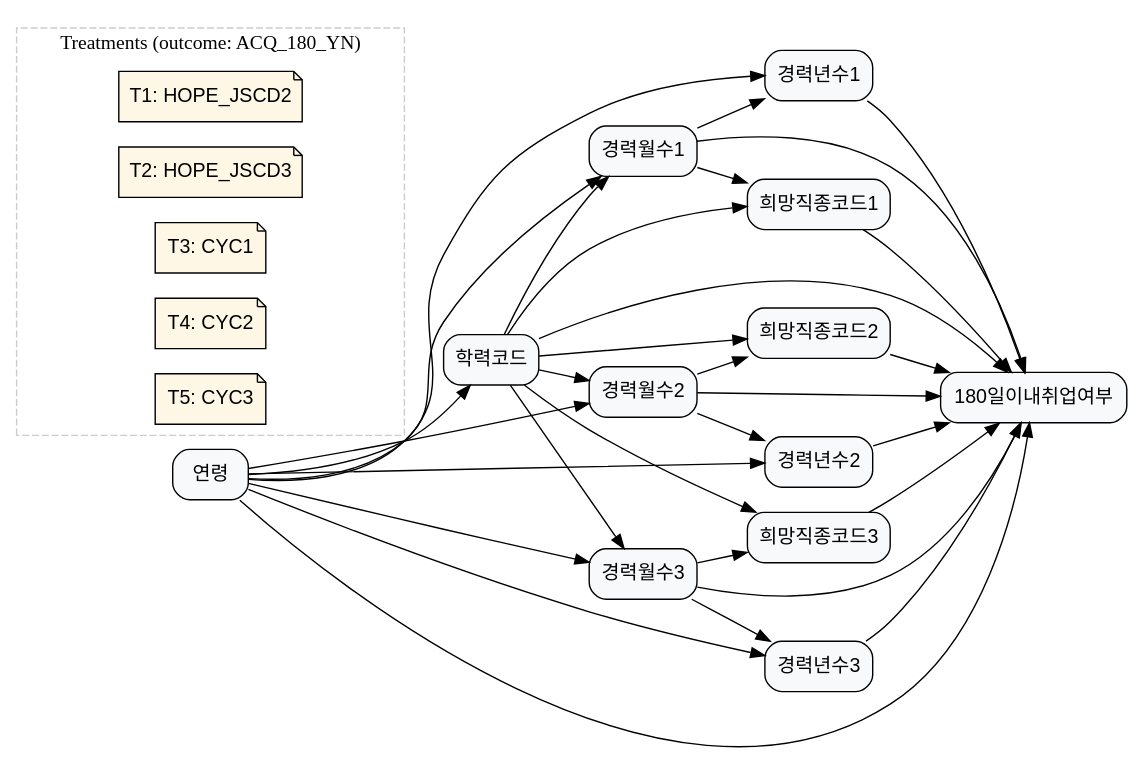
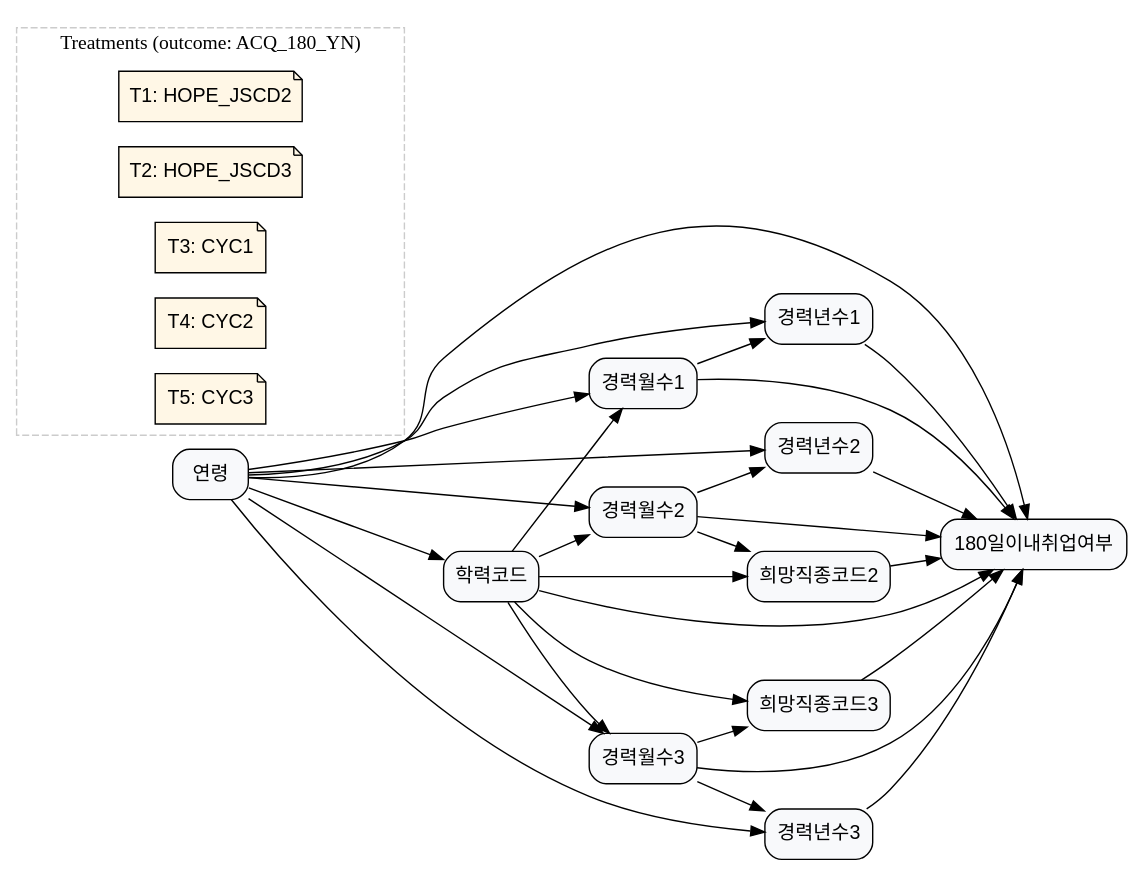
The diagram in laborlab_2/data/graph_data/graph_13.dot (KU-LIM-Lab/dowhy-deep), drawn with Graphviz before and after one commit. The commit also changed 12 other files, not shown here.

Commit message:
graphs updated

```diff
--- a/laborlab_2/data/graph_data/graph_13.dot
+++ b/laborlab_2/data/graph_data/graph_13.dot
@@ -1,102 +1,98 @@
 digraph {
     rankdir=LR;
     node [shape=box, style="rounded,filled", fillcolor="#F8F9FB", fontname="Helvetica"];
 
     ACCR_CD [label="학력코드"];
     ACQ_180_YN [label="180일이내취업여부"];
     AGE [label="연령"];
     CARR_MYCT1 [label="경력월수1"];
     CARR_MYCT2 [label="경력월수2"];
     CARR_MYCT3 [label="경력월수3"];
     CYC1 [label="경력년수1"];
     CYC2 [label="경력년수2"];
     CYC3 [label="경력년수3"];
-    HOPE_JSCD1 [label="희망직종코드1"];
     HOPE_JSCD2 [label="희망직종코드2"];
     HOPE_JSCD3 [label="희망직종코드3"];
 
     AGE -> ACCR_CD;
     AGE -> CARR_MYCT1;
     AGE -> CARR_MYCT2;
     AGE -> CARR_MYCT3;
     AGE -> CYC1;
     AGE -> CYC2;
     AGE -> CYC3;
     ACCR_CD -> CARR_MYCT1;
     ACCR_CD -> CARR_MYCT2;
     ACCR_CD -> CARR_MYCT3;
-    ACCR_CD -> HOPE_JSCD1;
     ACCR_CD -> HOPE_JSCD2;
     ACCR_CD -> HOPE_JSCD3;
     CARR_MYCT1 -> CYC1;
     CARR_MYCT2 -> CYC2;
     CARR_MYCT3 -> CYC3;
-    CARR_MYCT1 -> HOPE_JSCD1;
     CARR_MYCT2 -> HOPE_JSCD2;
     CARR_MYCT3 -> HOPE_JSCD3;
-    HOPE_JSCD1 -> ACQ_180_YN;
     HOPE_JSCD2 -> ACQ_180_YN;
     HOPE_JSCD3 -> ACQ_180_YN;
     CARR_MYCT1 -> ACQ_180_YN;
     CARR_MYCT2 -> ACQ_180_YN;
     CARR_MYCT3 -> ACQ_180_YN;
     CYC1 -> ACQ_180_YN;
     CYC2 -> ACQ_180_YN;
     CYC3 -> ACQ_180_YN;
     AGE -> ACQ_180_YN;
     ACCR_CD -> ACQ_180_YN;
 
     // Treatments
     subgraph cluster_treatments {
         label="Treatments (outcome: ACQ_180_YN)";
         style=dashed;
         color="#CCCCCC";
         node [shape=note, style="rounded,filled", fillcolor="#FFF7E6", fontname="Helvetica"];
 
         T1 [
             label="T1: HOPE_JSCD2",
             role="treatment_meta",
             treatment_var="HOPE_JSCD2",
             treatment_name="HOPE_JSCD2",
             treatment_def="희망직종코드2(HOPE_JSCD2) 수준 차이가 ACQ_180_YN(180일이내취업여부)에 미치는 인과효과",
             treatment_question="희망직종코드2(HOPE_JSCD2) 수준이 다른 구직자들의 6개월 내 취업 확률은 얼마나 다른가?"
         ];
 
         T2 [
             label="T2: HOPE_JSCD3",
             role="treatment_meta",
             treatment_var="HOPE_JSCD3",
             treatment_name="HOPE_JSCD3",
             treatment_def="희망직종코드3(HOPE_JSCD3) 수준 차이가 ACQ_180_YN(180일이내취업여부)에 미치는 인과효과",
             treatment_question="희망직종코드3(HOPE_JSCD3) 수준이 다른 구직자들의 6개월 내 취업 확률은 얼마나 다른가?"
         ];
 
         T3 [
             label="T3: CYC1",
             role="treatment_meta",
             treatment_var="CYC1",
             treatment_name="CYC1",
             treatment_def="경력년수1(CYC1) 수준 차이가 ACQ_180_YN(180일이내취업여부)에 미치는 인과효과",
             treatment_question="경력년수1(CYC1) 수준이 다른 구직자들의 6개월 내 취업 확률은 얼마나 다른가?"
         ];
 
         T4 [
             label="T4: CYC2",
             role="treatment_meta",
             treatment_var="CYC2",
             treatment_name="CYC2",
             treatment_def="경력년수2(CYC2) 수준 차이가 ACQ_180_YN(180일이내취업여부)에 미치는 인과효과",
             treatment_question="경력년수2(CYC2) 수준이 다른 구직자들의 6개월 내 취업 확률은 얼마나 다른가?"
         ];
 
         T5 [
             label="T5: CYC3",
             role="treatment_meta",
             treatment_var="CYC3",
             treatment_name="CYC3",
             treatment_def="경력년수3(CYC3) 수준 차이가 ACQ_180_YN(180일이내취업여부)에 미치는 인과효과",
             treatment_question="경력년수3(CYC3) 수준이 다른 구직자들의 6개월 내 취업 확률은 얼마나 다른가?"
         ];
 
     }
 }
```
